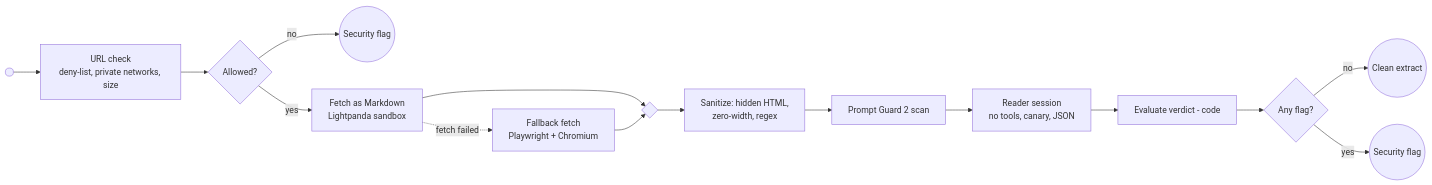
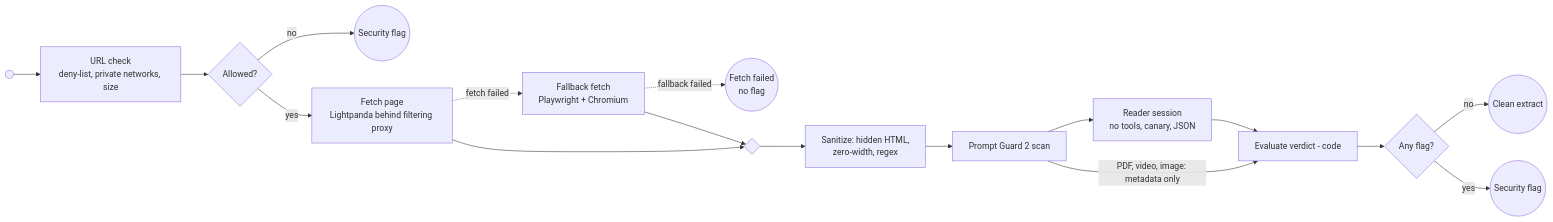
The diagram in docs/process/secure-fetch.md (zskreisz01/pkpipe), drawn with Mermaid before and after one commit. The commit also changed other lines of this file and 27 other files, not shown here.

Commit message:
docs(security): secure fetch docs, BPMN page with fallback-failed end and metadata-only path, spec status; schema export and fetch fallback rate (T008 T011)

````diff
--- a/docs/process/secure-fetch.md
+++ b/docs/process/secure-fetch.md
@@ -12,12 +12,14 @@
 ```mermaid
 flowchart LR
     s(( )) --> url[URL check<br/>deny-list, private networks, size] --> g1{Allowed?}
     g1 -- no --> f1((Security flag))
-    g1 -- yes --> fe[Fetch as Markdown<br/>Lightpanda sandbox]
+    g1 -- yes --> fe[Fetch page<br/>Lightpanda behind filtering proxy]
     fe -. fetch failed .-> fb[Fallback fetch<br/>Playwright + Chromium]
+    fb -. fallback failed .-> ff((Fetch failed<br/>no flag))
     fe --> gm{ }
     fb --> gm
     gm --> cl[Sanitize: hidden HTML,<br/>zero-width, regex] --> pg[Prompt Guard 2 scan] --> rd[Reader session<br/>no tools, canary, JSON] --> vd[Evaluate verdict - code] --> g2{Any flag?}
+    pg -- PDF, video, image: metadata only --> vd
     g2 -- no --> ok((Clean extract))
     g2 -- yes --> f2((Security flag))
 ```
````
